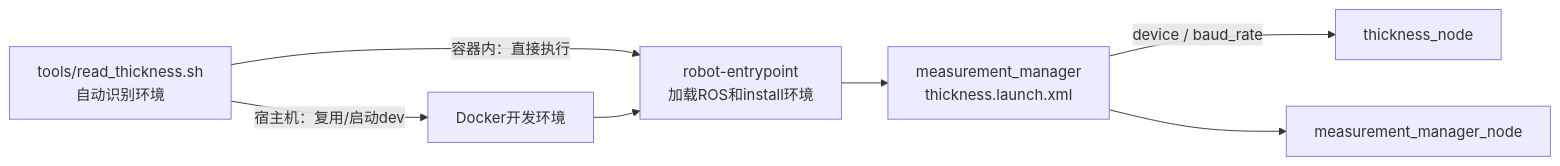
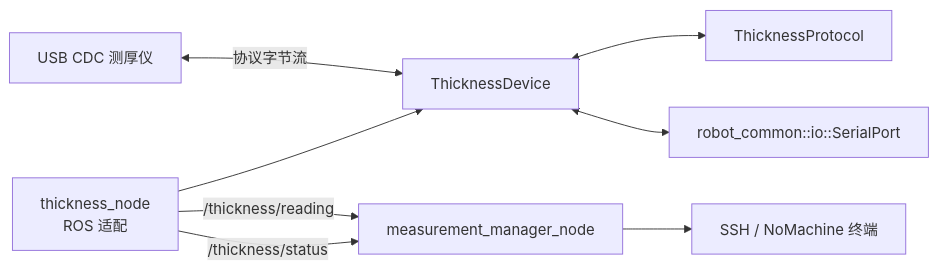
One commit to pingqiaoL/Dual_magneticd_wheel_ros2_code changed the second of 2 diagrams in README.md. Above: the diagram before and after it, drawn with Mermaid. The commit also changed other lines of this file and 49 other files, not shown here.

````diff
--- a/README.md
+++ b/README.md
@@ -132,9 +130,10 @@
 ```mermaid
 flowchart LR
-    SH["tools/read_thickness.sh<br/>自动识别环境"] -->|"宿主机：复用/启动dev"| DOCKER["Docker开发环境"]
-    SH -->|"容器内：直接执行"| ENV
-    DOCKER --> ENV["robot-entrypoint<br/>加载ROS和install环境"]
-    ENV --> XML["measurement_manager<br/>thickness.launch.xml"]
-    XML -->|"device / baud_rate"| DRIVER["thickness_node"]
-    XML --> PRINT["measurement_manager_node"]
+    METER["USB CDC 测厚仪"] <-->|"协议字节流"| DEVICE["ThicknessDevice"]
+    DEVICE <--> PROTOCOL["ThicknessProtocol"]
+    DEVICE <--> SERIAL["robot_common::io::SerialPort"]
+    NODE["thickness_node<br/>ROS 适配"] --> DEVICE
+    NODE -->|"/thickness/reading"| MANAGER["measurement_manager_node"]
+    NODE -->|"/thickness/status"| MANAGER
+    MANAGER --> TERMINAL["SSH / NoMachine 终端"]
 ```
````
